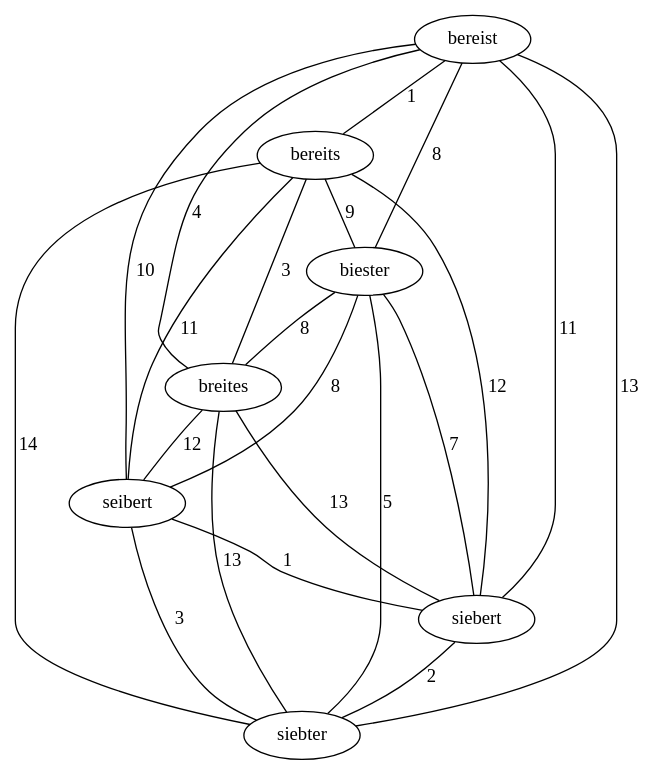
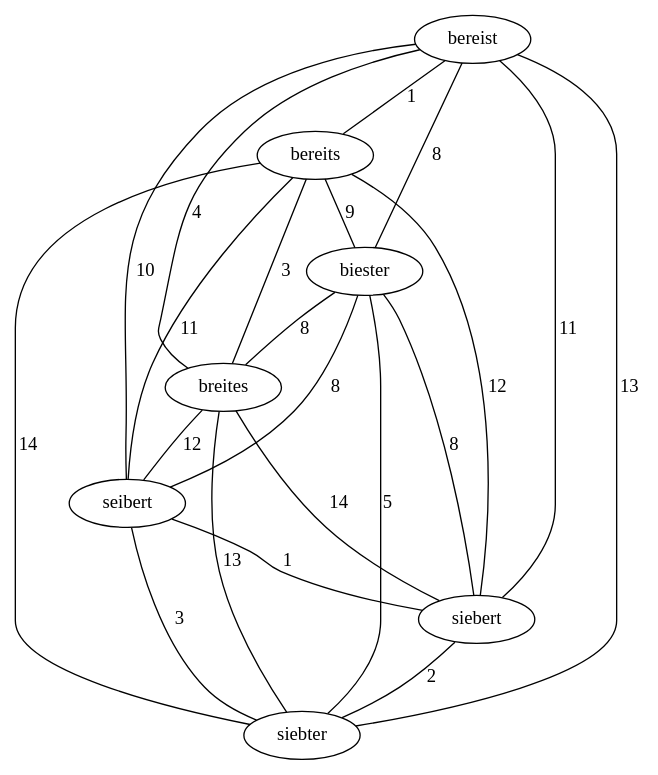
Before and after one commit to increpare/Galaktisches_Etymologieforschungsinstitut: the diagram in output/dot/DE_bereist.dot, drawn with Graphviz. The commit also changed 47 other files, not shown here.

```diff
--- a/output/dot/DE_bereist.dot
+++ b/output/dot/DE_bereist.dot
@@ -1,23 +1,23 @@
 graph {
 	bereist -- bereits [ label="1" ];
 	bereist -- biester [ label="8" ];
 	bereist -- breites [ label="4" ];
 	bereist -- seibert [ label="10" ];
 	bereist -- siebert [ label="11" ];
 	bereist -- siebter [ label="13" ];
 	bereits -- biester [ label="9" ];
 	bereits -- breites [ label="3" ];
 	bereits -- seibert [ label="11" ];
 	bereits -- siebert [ label="12" ];
 	bereits -- siebter [ label="14" ];
 	biester -- breites [ label="8" ];
 	biester -- seibert [ label="8" ];
-	biester -- siebert [ label="7" ];
+	biester -- siebert [ label="8" ];
 	biester -- siebter [ label="5" ];
 	breites -- seibert [ label="12" ];
-	breites -- siebert [ label="13" ];
+	breites -- siebert [ label="14" ];
 	breites -- siebter [ label="13" ];
 	seibert -- siebert [ label="1" ];
 	seibert -- siebter [ label="3" ];
 	siebert -- siebter [ label="2" ];
 }
```
